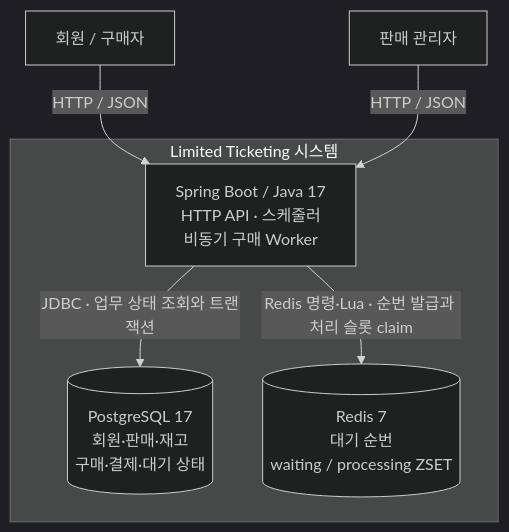
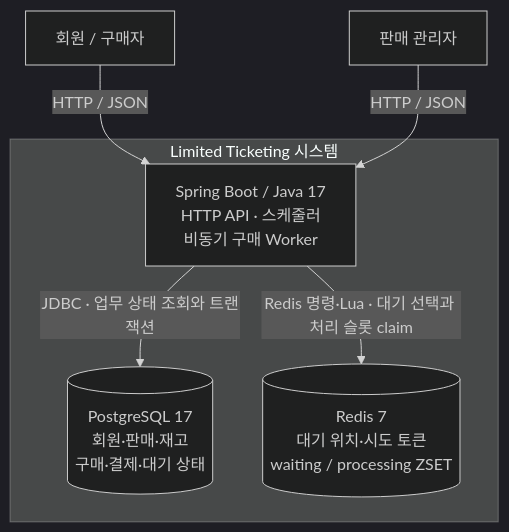
The second of 2 diagrams in docs/architecture/README.md (DevelopHeon/limited-ticketing), drawn with Mermaid (dark theme) before and after one commit. The commit also changed 73 other files, not shown here.

````diff
--- a/docs/architecture/README.md
+++ b/docs/architecture/README.md
@@ -22,14 +22,14 @@
 ```mermaid
 flowchart TB
     member["회원 / 구매자"]
     admin["판매 관리자"]
     subgraph system["Limited Ticketing 시스템"]
         app["Spring Boot / Java 17<br/>HTTP API · 스케줄러<br/>비동기 구매 Worker"]
         db[("PostgreSQL 17<br/>회원·판매·재고<br/>구매·결제·대기 상태")]
-        redis[("Redis 7<br/>대기 순번<br/>waiting / processing ZSET")]
+        redis[("Redis 7<br/>대기 위치·시도 토큰<br/>waiting / processing ZSET")]
         app -->|"JDBC · 업무 상태 조회와 트랜잭션"| db
-        app -->|"Redis 명령·Lua · 순번 발급과 처리 슬롯 claim"| redis
+        app -->|"Redis 명령·Lua · 대기 선택과 처리 슬롯 claim"| redis
     end
     member -->|"HTTP / JSON"| app
     admin -->|"HTTP / JSON"| app
 ```
````
